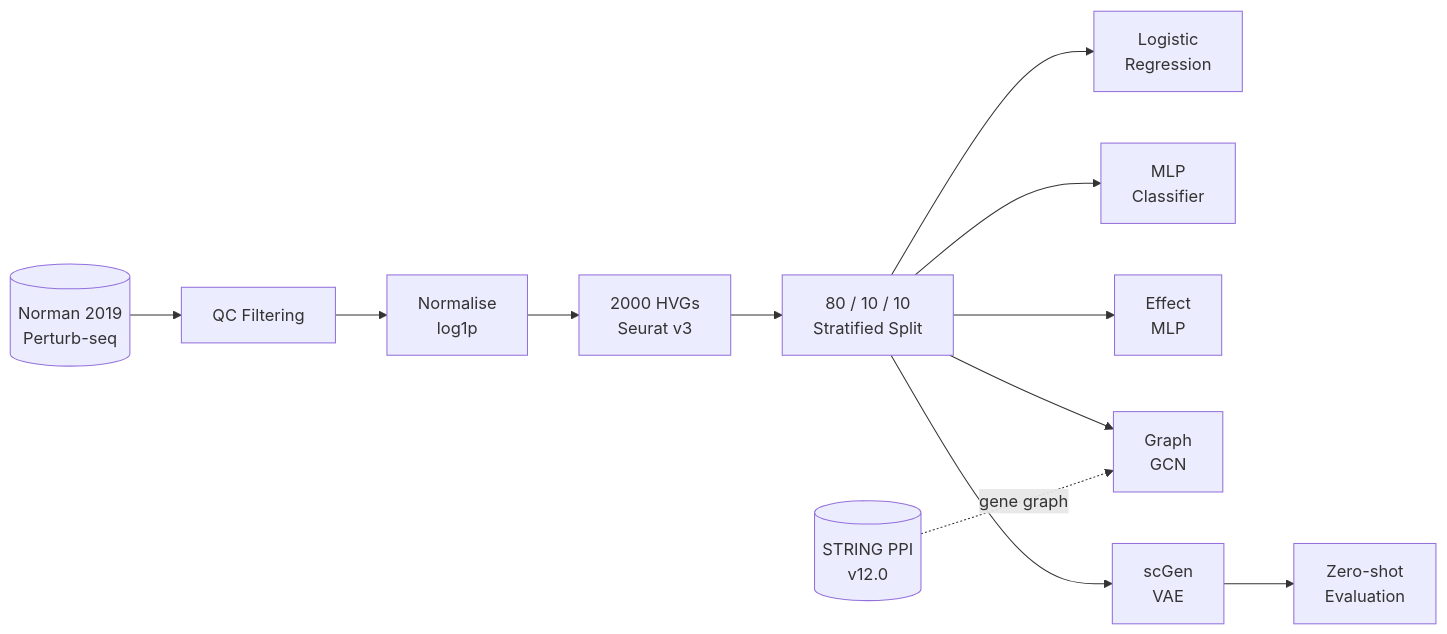
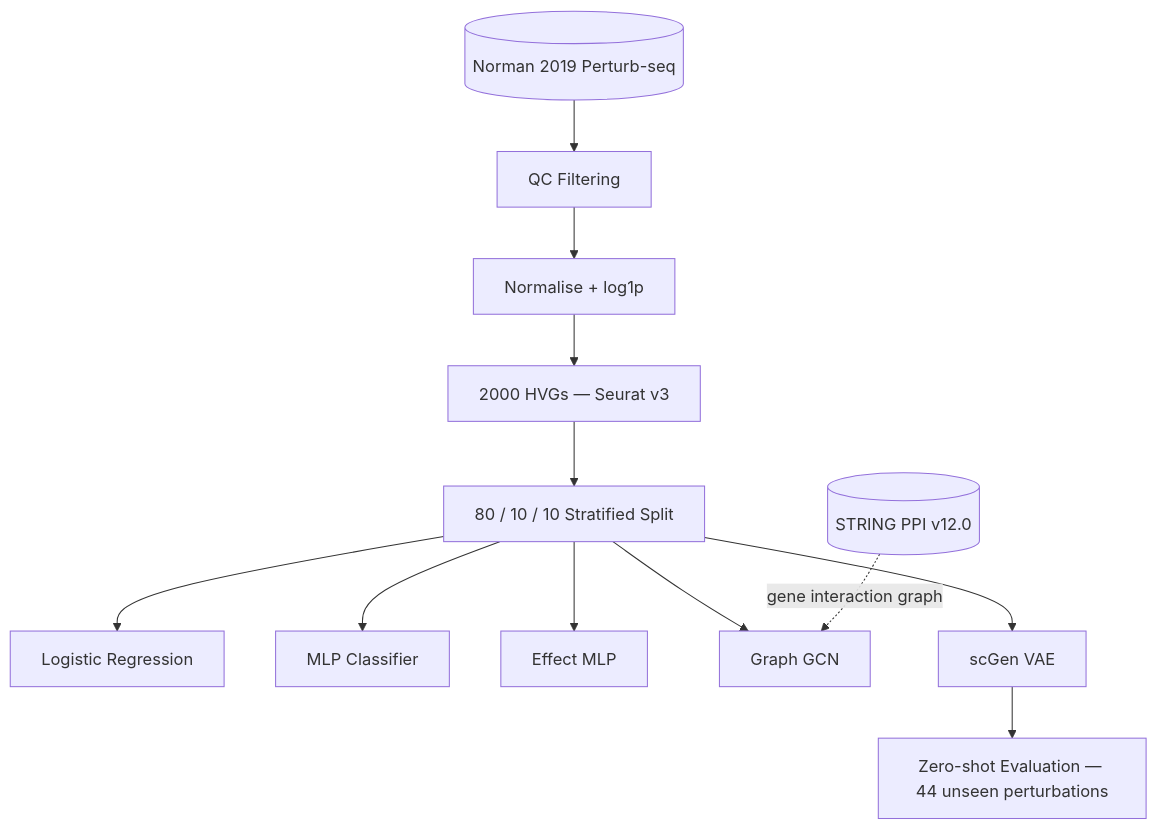
Before and after one commit to AhmedAli58/perturbation-drug-discovery: the diagram in README.md, drawn with Mermaid.

Commit message:
Fix Mermaid diagram — switch to TD layout and remove line breaks in node labels

````diff
--- a/README.md
+++ b/README.md
@@ -30,16 +30,16 @@
 ```mermaid
-flowchart LR
-    A[(Norman 2019\nPerturb-seq)] --> B[QC Filtering]
-    B --> C[Normalise\nlog1p]
-    C --> D[2000 HVGs\nSeurat v3]
-    D --> E[80 / 10 / 10\nStratified Split]
+flowchart TD
+    A[(Norman 2019 Perturb-seq)] --> B[QC Filtering]
+    B --> C[Normalise + log1p]
+    C --> D[2000 HVGs — Seurat v3]
+    D --> E[80 / 10 / 10 Stratified Split]
 
-    E --> F[Logistic\nRegression]
-    E --> G[MLP\nClassifier]
-    E --> H[Effect\nMLP]
-    E --> I[Graph\nGCN]
-    E --> J[scGen\nVAE]
+    E --> F[Logistic Regression]
+    E --> G[MLP Classifier]
+    E --> H[Effect MLP]
+    E --> I[Graph GCN]
+    E --> J[scGen VAE]
 
-    PPI[(STRING PPI\nv12.0)] -.->|gene graph| I
-    J --> K[Zero-shot\nEvaluation]
+    PPI[(STRING PPI v12.0)] -.->|gene interaction graph| I
+    J --> K[Zero-shot Evaluation — 44 unseen perturbations]
 ```
````
